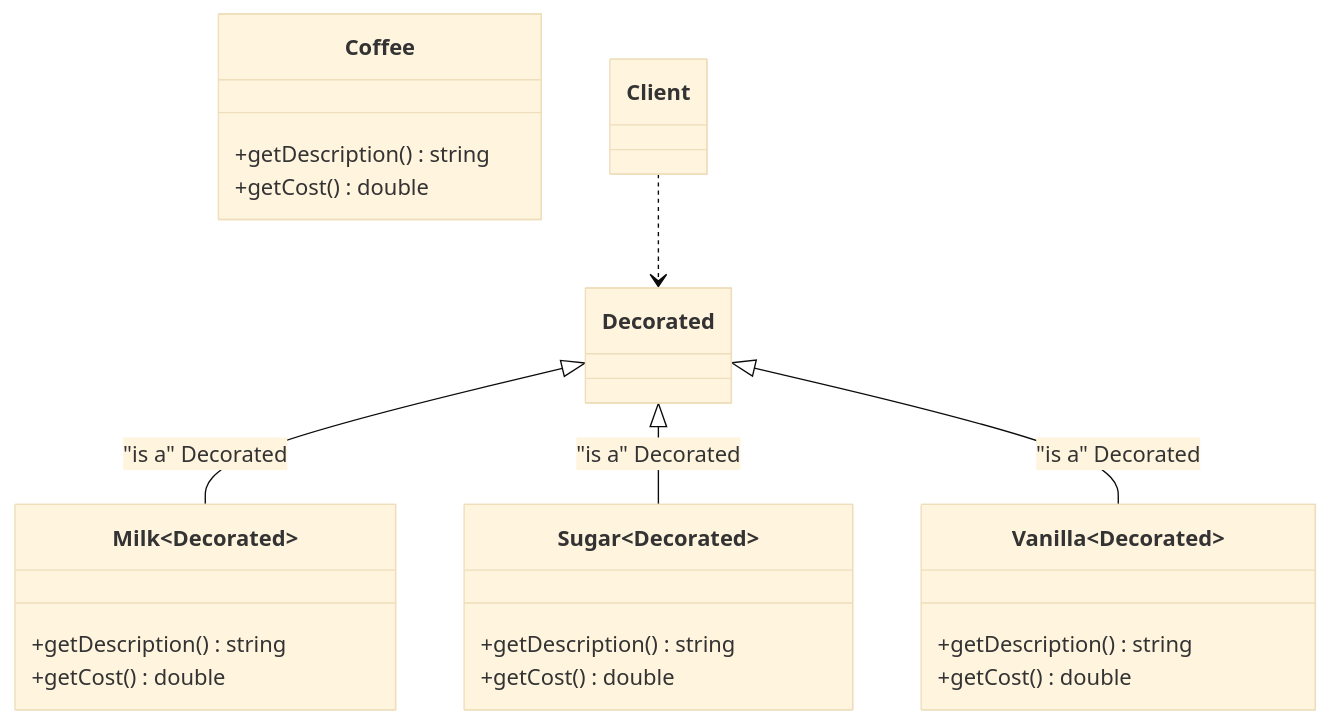
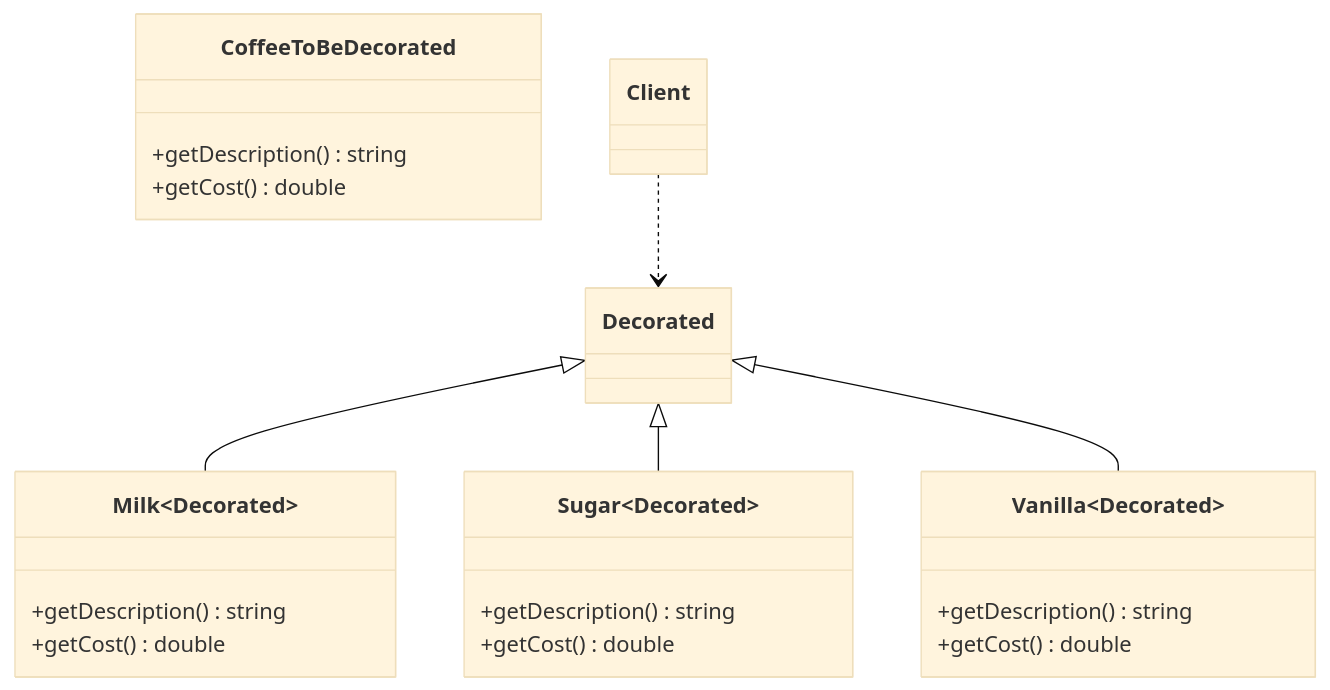
The diagram in 11_Decorator/03_Static_Mixin/diagram.md (Cichlidfishexigency721/Modern-CPP-Design-Patterns), drawn with Mermaid (base theme) before and after one commit. The commit also changed 1 other file, not shown here.

Commit message:
UML improvement

````diff
--- a/11_Decorator/03_Static_Mixin/diagram.md
+++ b/11_Decorator/03_Static_Mixin/diagram.md
@@ -3,32 +3,32 @@
 ```mermaid
 classDiagram
-   class Coffee {
+   class CoffeeToBeDecorated {
       +getDescription() string
       +getCost() double
    }
 
    class Milk~Decorated~ {
       +getDescription() string
       +getCost() double
    }
 
    class Sugar~Decorated~ {
       +getDescription() string
       +getCost() double
    }
 
    class Vanilla~Decorated~ {
       +getDescription() string
       +getCost() double
    }
 
    %% In Static Decorator, the decorator inherits from the template parameter Decorated.
    %% There is NO composition (*--) and NO multiplicity numbers.
    
-   Decorated <|-- Milk~Decorated~ : "is a" Decorated
-   Decorated <|-- Sugar~Decorated~ : "is a" Decorated
-   Decorated <|-- Vanilla~Decorated~ : "is a" Decorated
+   Decorated <|-- Milk~Decorated~
+   Decorated <|-- Sugar~Decorated~
+   Decorated <|-- Vanilla~Decorated~
 
 %% Client instantiates concrete types
    Client ..> Decorated
 ```
````
